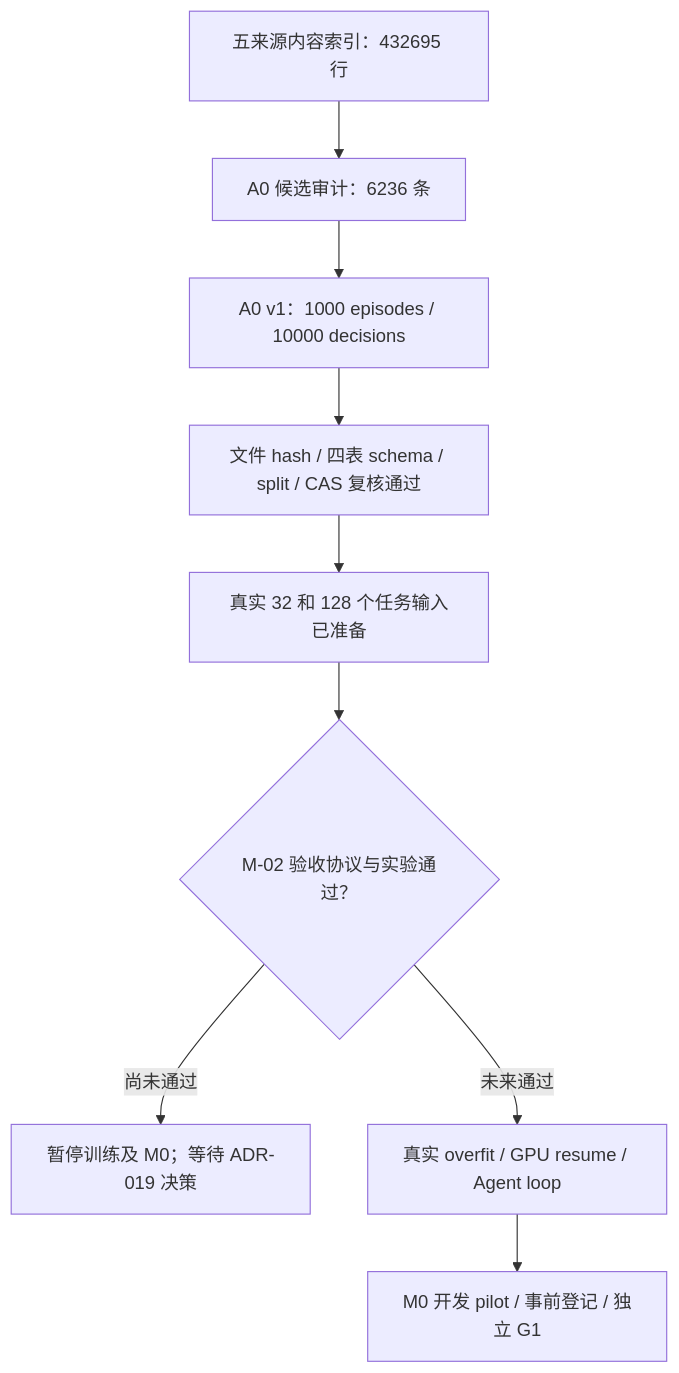
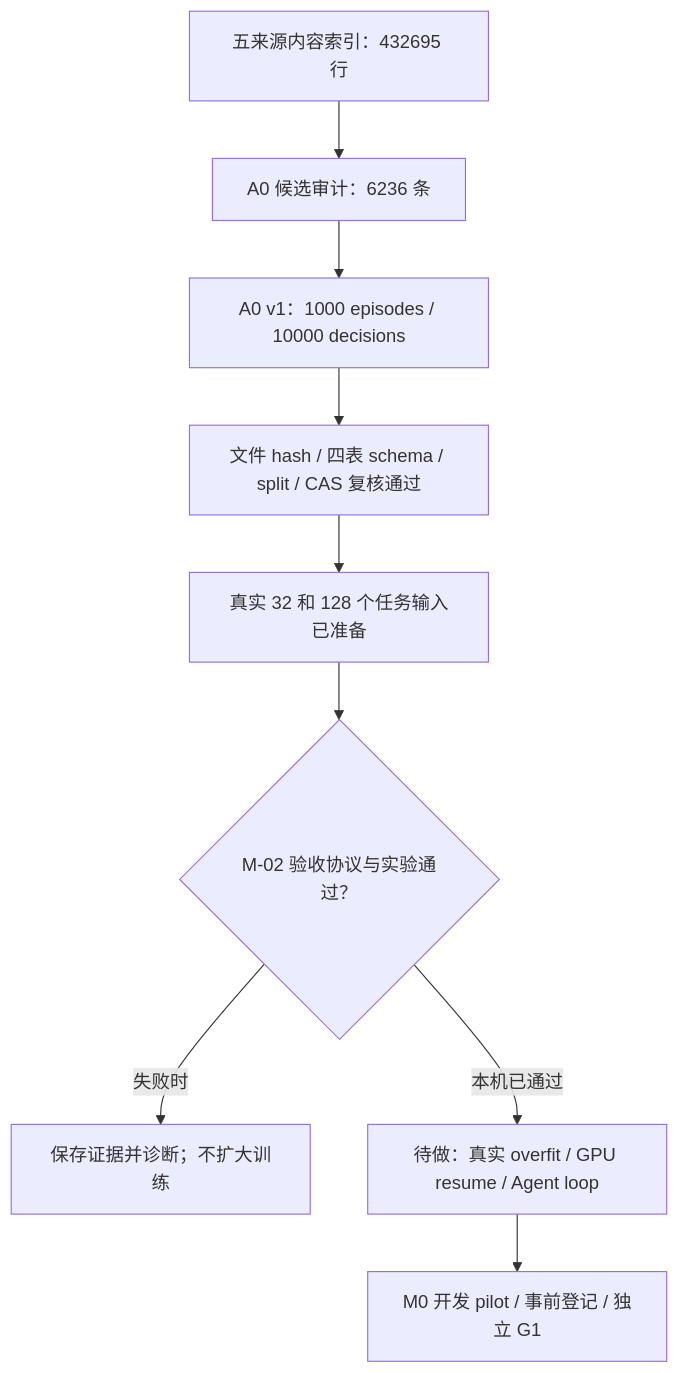
One commit to yynil/long_long_agent changed the diagram in reports/a0_release_assessment.md. Above: the diagram before and after it, drawn with Mermaid. The commit also changed other lines of this file and 4 other files, not shown here.

````diff
--- a/reports/a0_release_assessment.md
+++ b/reports/a0_release_assessment.md
@@ -5,11 +5,11 @@
 ```mermaid
 flowchart TD
     INDEX[五来源内容索引：432695 行] --> AUDIT[A0 候选审计：6236 条]
     AUDIT --> RELEASE[A0 v1：1000 episodes / 10000 decisions]
     RELEASE --> VERIFY[文件 hash / 四表 schema / split / CAS 复核通过]
     VERIFY --> INPUT[真实 32 和 128 个任务输入已准备]
     INPUT --> GATE{M-02 验收协议与实验通过？}
-    GATE -->|尚未通过| STOP[暂停训练及 M0；等待 ADR-019 决策]
-    GATE -->|未来通过| TRAIN[真实 overfit / GPU resume / Agent loop]
+    GATE -->|失败时| STOP[保存证据并诊断；不扩大训练]
+    GATE -->|本机已通过| TRAIN[待做：真实 overfit / GPU resume / Agent loop]
     TRAIN --> M0[M0 开发 pilot / 事前登记 / 独立 G1]
 ```
````
